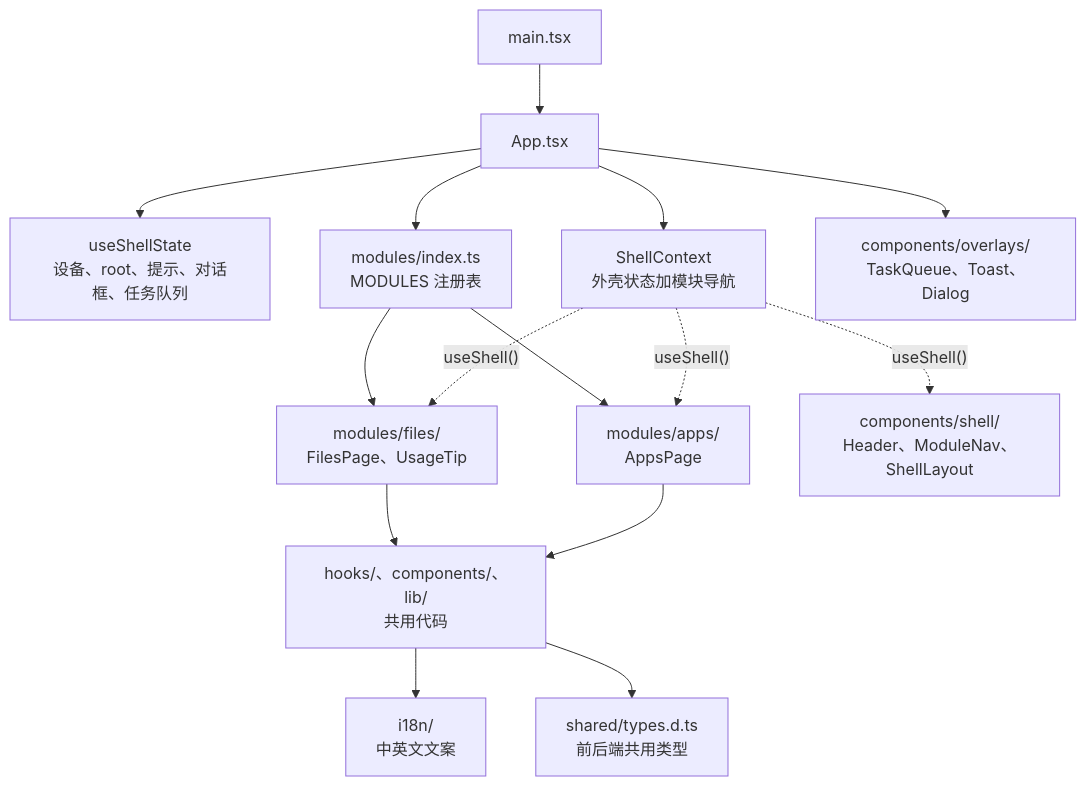
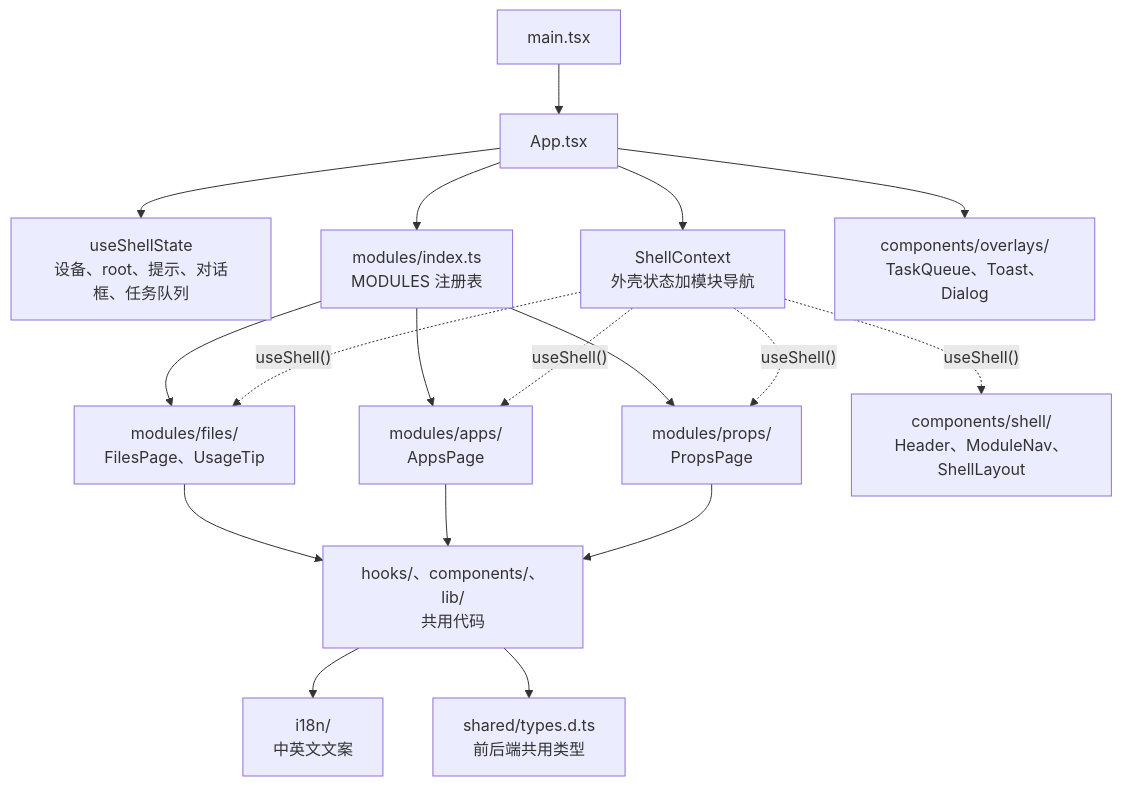
Before and after one commit to wynnyu/adb-file-manager: the fifth of 13 diagrams in docs/architecture.md, drawn with Mermaid. The commit also changed other lines of this file and 5 other files, not shown here.

````diff
--- a/docs/architecture.md
+++ b/docs/architecture.md
@@ -149,16 +152,18 @@
 ```mermaid
 flowchart TB
   main["main.tsx"] --> App["App.tsx"]
   App --> state["useShellState<br/>设备、root、提示、对话框、任务队列"]
   App --> ctx["ShellContext<br/>外壳状态加模块导航"]
   App --> registry["modules/index.ts<br/>MODULES 注册表"]
   registry --> files["modules/files/<br/>FilesPage、UsageTip"]
   registry --> apps["modules/apps/<br/>AppsPage"]
+  registry --> propsMod["modules/props/<br/>PropsPage"]
   ctx -. "useShell()" .-> files
   ctx -. "useShell()" .-> apps
+  ctx -. "useShell()" .-> propsMod
   ctx -. "useShell()" .-> shellui["components/shell/<br/>Header、ModuleNav、ShellLayout"]
   App --> overlays["components/overlays/<br/>TaskQueue、Toast、Dialog"]
-  files & apps --> shared["hooks/、components/、lib/<br/>共用代码"]
+  files & apps & propsMod --> shared["hooks/、components/、lib/<br/>共用代码"]
   shared --> i18n["i18n/<br/>中英文文案"]
   shared --> shared_types["shared/types.d.ts<br/>前后端共用类型"]
 ```
````
